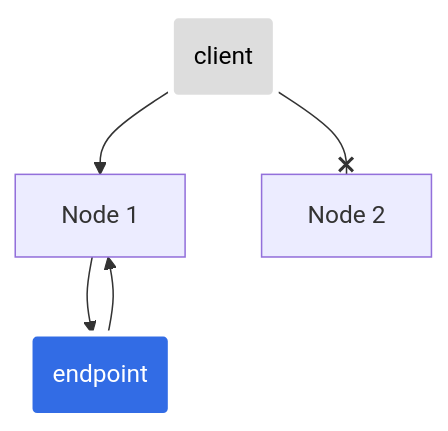
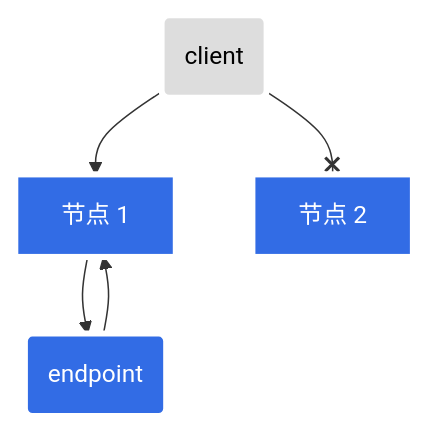
The second of 2 diagrams in content/zh/docs/tutorials/services/source-ip.md (kubernetes/website), drawn with Mermaid before and after one commit. The commit also changed other lines of this file, not shown here.

```diff
--- a/content/zh/docs/tutorials/services/source-ip.md
+++ b/content/zh/docs/tutorials/services/source-ip.md
@@ -249,12 +249,12 @@
 {{< mermaid >}}
 graph TD;
-  client --> node1[Node 1];
-  client(client) --x node2[Node 2];
+  client --> node1[节点 1];
+  client(client) --x node2[节点 2];
   node1 --> endpoint(endpoint);
   endpoint --> node1;
 
   classDef plain fill:#ddd,stroke:#fff,stroke-width:4px,color:#000;
   classDef k8s fill:#326ce5,stroke:#fff,stroke-width:4px,color:#fff;
-  class 节点1,节点2,endpoint k8s;
+  class node1,node2,endpoint k8s;
   class client plain;
 {{</ mermaid >}}
```
